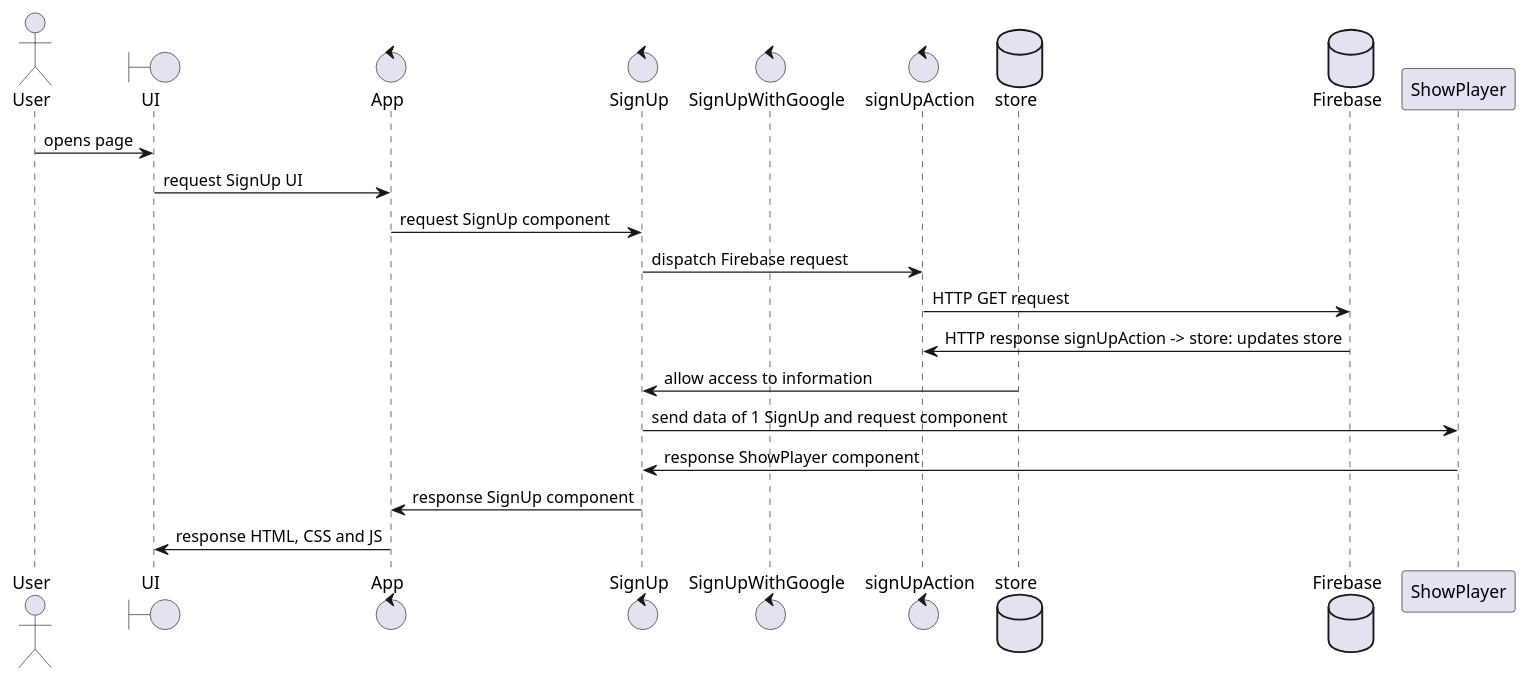
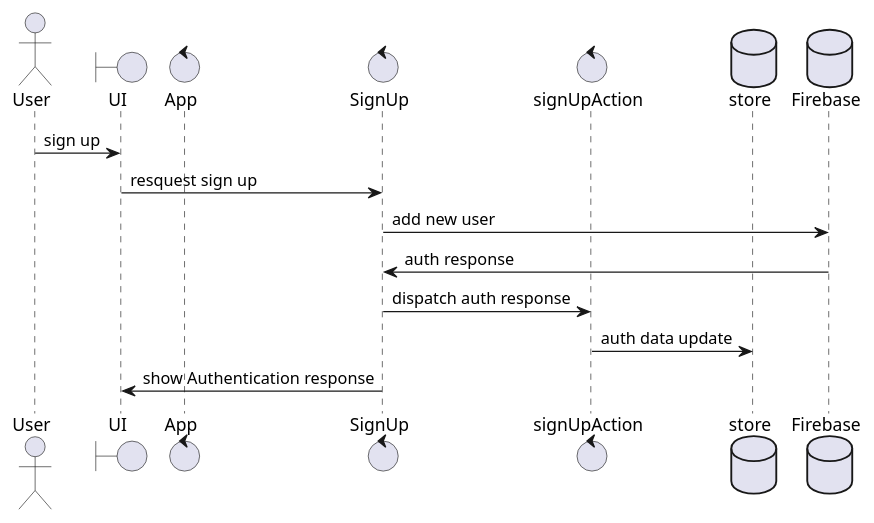
One commit to JoaoAlmeida11/LM5A_Project changed the diagram in UML/signUp.wsd. Above: the diagram before and after it, drawn with PlantUML.

Commit message:
signUp UML

```diff
--- a/UML/signUp.wsd
+++ b/UML/signUp.wsd
@@ -1,25 +1,19 @@
 @startuml
 
 actor User
 boundary UI
 control App
 control SignUp
-control SignUpWithGoogle
-
 control signUpAction
 database store
 database Firebase
 
-User -> UI : opens page
-UI -> App: request SignUp UI
-App -> SignUp: request SignUp component
-SignUp-> signUpAction: dispatch Firebase request 
-signUpAction -> Firebase: HTTP GET request
-Firebase -> signUpAction : HTTP response signUpAction -> store: updates store
-store -> SignUp : allow access to information
-SignUp -> ShowPlayer : send data of 1 SignUp and request component
-ShowPlayer -> SignUp: response ShowPlayer component
-SignUp -> App: response SignUp component
+User -> UI: sign up
+UI -> SignUp: resquest sign up
+SignUp -> Firebase: add new user
+Firebase -> SignUp: auth response
+SignUp -> signUpAction: dispatch auth response
+signUpAction -> store: auth data update
+SignUp -> UI: show Authentication response
 
-App -> UI: response HTML, CSS and JS
 @enduml
```
